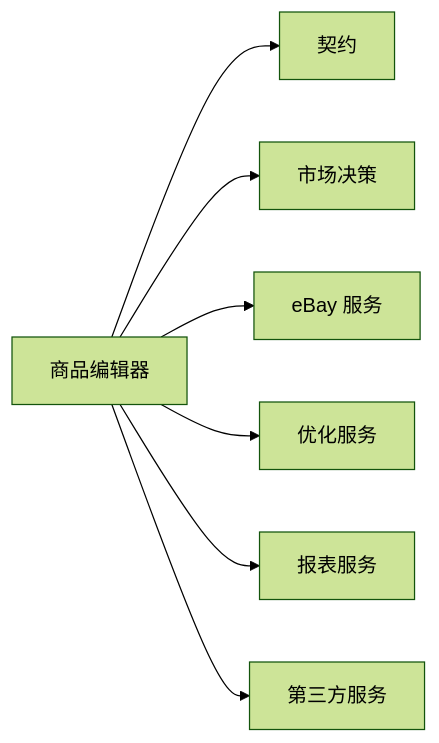
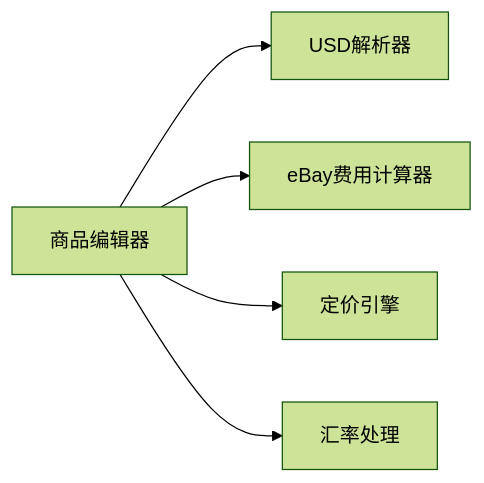
One commit to iljahofbauer219-lang/yandu changed the fifth of 5 diagrams in .qoder/repowiki/zh/content/系统架构/渲染进程架构/Ebay本地商品编辑器/定价计算引擎.md. Above: the diagram before and after it, drawn with Mermaid (forest theme). The commit also changed other lines of this file and 22 other files, not shown here.

````diff
--- a/.qoder/repowiki/zh/content/系统架构/渲染进程架构/Ebay本地商品编辑器/定价计算引擎.md
+++ b/.qoder/repowiki/zh/content/系统架构/渲染进程架构/Ebay本地商品编辑器/定价计算引擎.md
@@ -331,9 +291,7 @@
 ```mermaid
 graph LR
-Editor["商品编辑器"] --> Contracts["契约"]
-Editor --> MarketDec["市场决策"]
-Editor --> EbaySvc["eBay 服务"]
-Editor --> OptSvc["优化服务"]
-Editor --> ReportSvc["报表服务"]
-Editor --> RealShift["第三方服务"]
+Editor["商品编辑器"] --> UsdParser["USD解析器"]
+Editor --> FeeCalc["eBay费用计算器"]
+Editor --> PricingEngine["定价引擎"]
+Editor --> ExchangeRate["汇率处理"]
 ```
````
